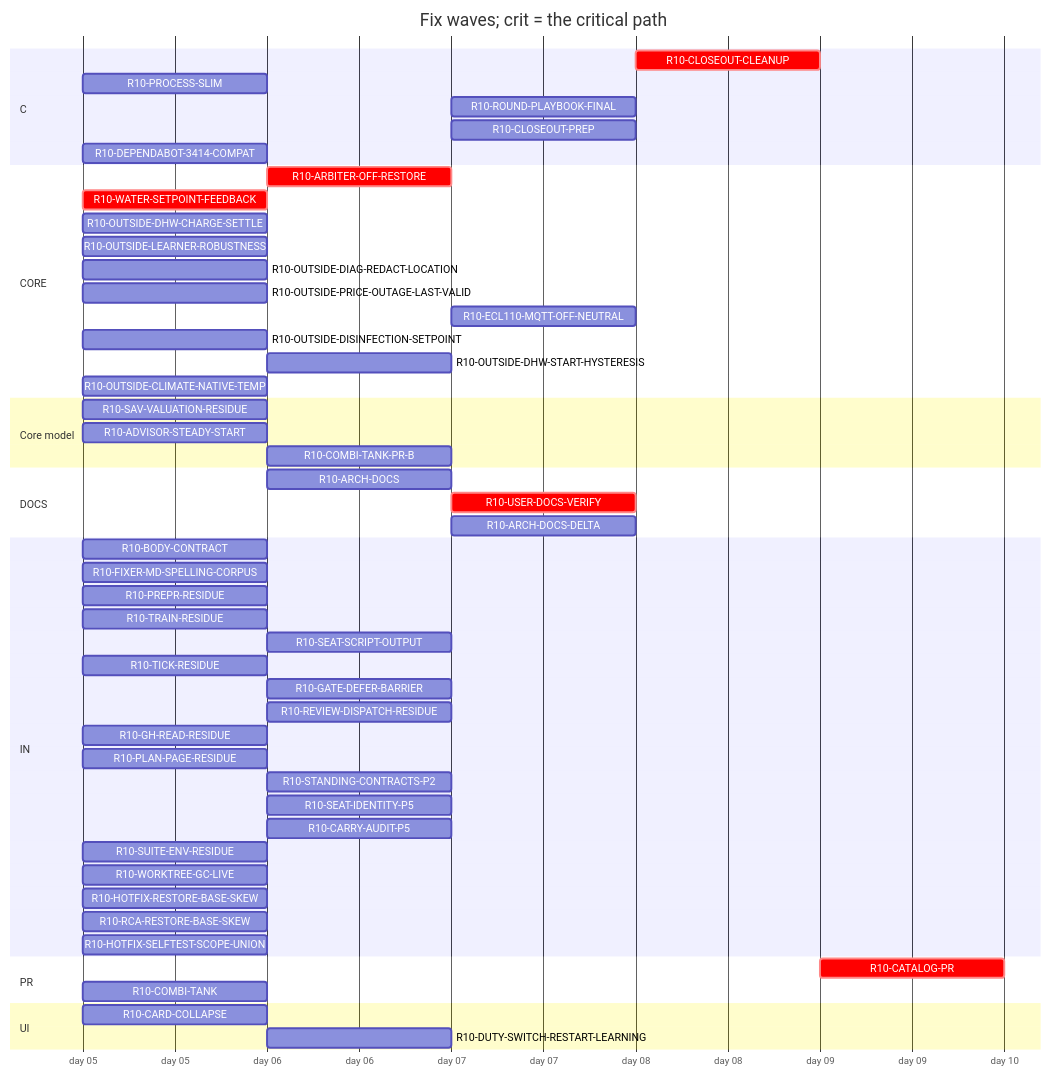
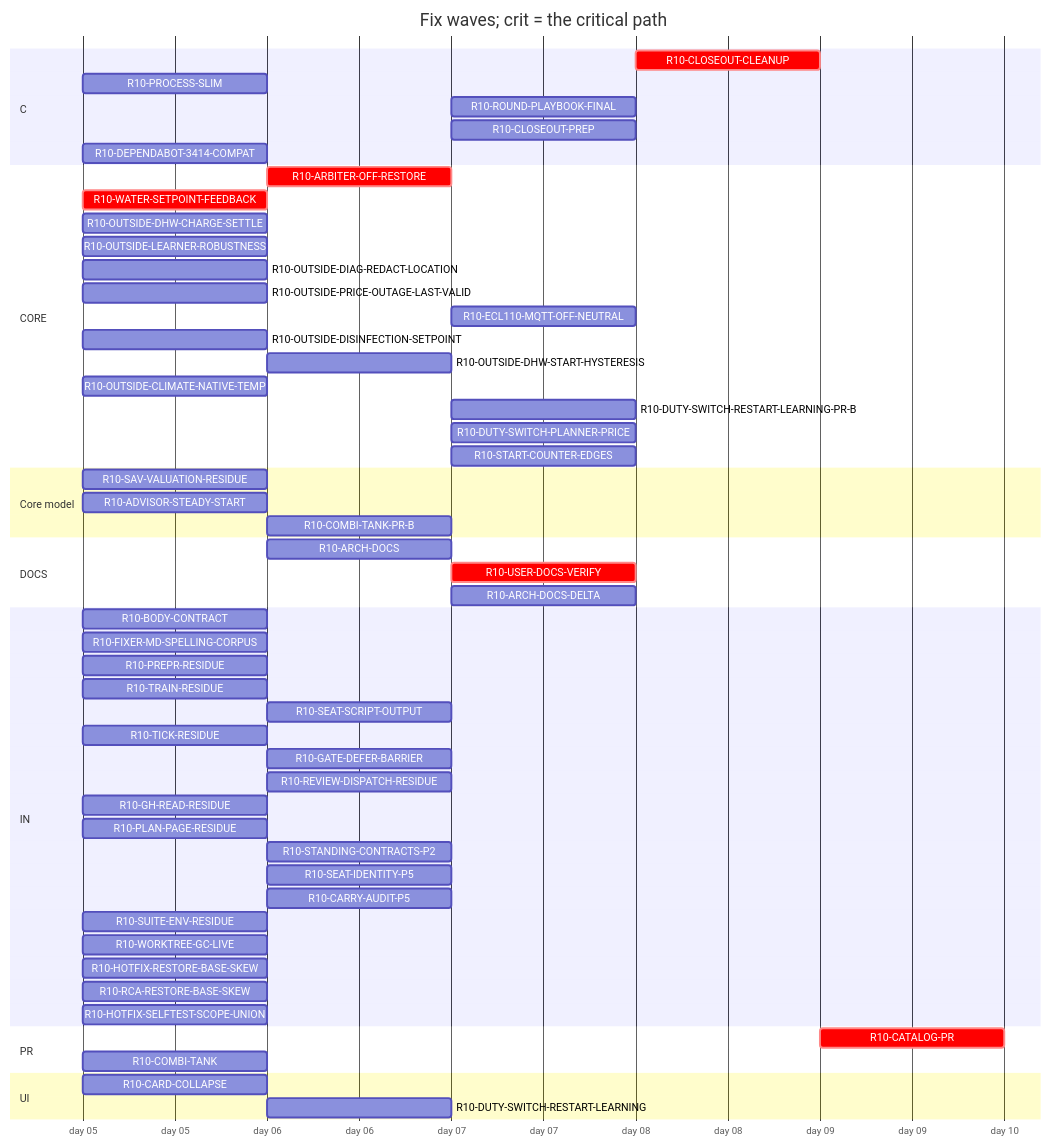
One commit to tvofi/heatpump_optimizer changed the diagram in handoff/round10/state/PLAN-TABLE.md. Above: the diagram before and after it, drawn with Mermaid. The commit also changed other lines of this file and 2 other files, not shown here.

Commit message:
state: FLOW-BOARD.md, NEXT-SESSION-PROMPT.md, PLAN-TABLE.md, RESUME-CURRENT.md regenerated (state_docs.py)

````diff
--- a/handoff/round10/state/PLAN-TABLE.md
+++ b/handoff/round10/state/PLAN-TABLE.md
@@ -20,56 +20,59 @@
 ```mermaid
 gantt
   title Fix waves; crit = the critical path
   dateFormat YYYY-MM-DD
   axisFormat day %d
   section C
     R10-CLOSEOUT-CLEANUP :crit, r10CLOSEOUTCLEANUP, after r10ARCHDOCS r10USERDOCSVERIFY r10ROUNDPLAYBOOKFINAL r10CLOSEOUTPREP r10ARCHDOCSDELTA, 1d
     R10-PROCESS-SLIM :r10PROCESSSLIM, 2026-01-05, 1d
     R10-ROUND-PLAYBOOK-FINAL :r10ROUNDPLAYBOOKFINAL, after r10BODYCONTRACT r10PROCESSSLIM r10FIXERMDSPELLINGCORPUS r10PREPRRESIDUE r10SEATSCRIPTOUTPUT r10REVIEWDISPATCHRESIDUE r10CARRYAUDITP5 r10TICKRESIDUE r10SEATIDENTITYP5 r10STANDINGCONTRACTSP2 r10PLANPAGERESIDUE r10TRAINRESIDUE r10GHREADRESIDUE r10SUITEENVRESIDUE r10GATEDEFERBARRIER r10WORKTREEGCLIVE, 1d
     R10-CLOSEOUT-PREP :r10CLOSEOUTPREP, after r10ARCHDOCS r10BODYCONTRACT r10PROCESSSLIM r10FIXERMDSPELLINGCORPUS r10PREPRRESIDUE r10SEATSCRIPTOUTPUT r10REVIEWDISPATCHRESIDUE r10CARRYAUDITP5 r10TICKRESIDUE r10SEATIDENTITYP5 r10STANDINGCONTRACTSP2 r10PLANPAGERESIDUE r10TRAINRESIDUE r10GHREADRESIDUE r10SUITEENVRESIDUE r10GATEDEFERBARRIER r10WORKTREEGCLIVE, 1d
     R10-DEPENDABOT-3414-COMPAT :r10DEPENDABOT3414COMPAT, 2026-01-05, 1d
   section CORE
     R10-ARBITER-OFF-RESTORE :crit, r10ARBITEROFFRESTORE, after r10WATERSETPOINTFEEDBACK, 1d
     R10-WATER-SETPOINT-FEEDBACK :crit, r10WATERSETPOINTFEEDBACK, 2026-01-05, 1d
     R10-OUTSIDE-DHW-CHARGE-SETTLE :r10OUTSIDEDHWCHARGESETTLE, 2026-01-05, 1d
     R10-OUTSIDE-LEARNER-ROBUSTNESS :r10OUTSIDELEARNERROBUSTNESS, 2026-01-05, 1d
     R10-OUTSIDE-DIAG-REDACT-LOCATION :r10OUTSIDEDIAGREDACTLOCATION, 2026-01-05, 1d
     R10-OUTSIDE-PRICE-OUTAGE-LAST-VALID :r10OUTSIDEPRICEOUTAGELASTVALID, 2026-01-05, 1d
     R10-ECL110-MQTT-OFF-NEUTRAL :r10ECL110MQTTOFFNEUTRAL, after r10ARBITEROFFRESTORE, 1d
     R10-OUTSIDE-DISINFECTION-SETPOINT :r10OUTSIDEDISINFECTIONSETPOINT, 2026-01-05, 1d
     R10-OUTSIDE-DHW-START-HYSTERESIS :r10OUTSIDEDHWSTARTHYSTERESIS, after r10OUTSIDEDISINFECTIONSETPOINT, 1d
     R10-OUTSIDE-CLIMATE-NATIVE-TEMP :r10OUTSIDECLIMATENATIVETEMP, 2026-01-05, 1d
+    R10-DUTY-SWITCH-RESTART-LEARNING-PR-B :r10DUTYSWITCHRESTARTLEARNINGPRB, after r10DUTYSWITCHRESTARTLEARNING, 1d
+    R10-DUTY-SWITCH-PLANNER-PRICE :r10DUTYSWITCHPLANNERPRICE, after r10DUTYSWITCHRESTARTLEARNING, 1d
+    R10-START-COUNTER-EDGES :r10STARTCOUNTEREDGES, after r10DUTYSWITCHRESTARTLEARNING, 1d
   section Core model
     R10-SAV-VALUATION-RESIDUE :r10SAVVALUATIONRESIDUE, 2026-01-05, 1d
     R10-ADVISOR-STEADY-START :r10ADVISORSTEADYSTART, 2026-01-05, 1d
     R10-COMBI-TANK-PR-B :r10COMBITANKPRB, after r10COMBITANK, 1d
   section DOCS
     R10-ARCH-DOCS :r10ARCHDOCS, after r10BODYCONTRACT r10PROCESSSLIM, 1d
     R10-USER-DOCS-VERIFY :crit, r10USERDOCSVERIFY, after r10ARBITEROFFRESTORE r10COMBITANK, 1d
     R10-ARCH-DOCS-DELTA :r10ARCHDOCSDELTA, after r10ARCHDOCS r10ARBITEROFFRESTORE r10COMBITANK r10SAVVALUATIONRESIDUE r10ADVISORSTEADYSTART r10COMBITANKPRB, 1d
   section IN
     R10-BODY-CONTRACT :r10BODYCONTRACT, 2026-01-05, 1d
     R10-FIXER-MD-SPELLING-CORPUS :r10FIXERMDSPELLINGCORPUS, 2026-01-05, 1d
     R10-PREPR-RESIDUE :r10PREPRRESIDUE, 2026-01-05, 1d
     R10-TRAIN-RESIDUE :r10TRAINRESIDUE, 2026-01-05, 1d
     R10-SEAT-SCRIPT-OUTPUT :r10SEATSCRIPTOUTPUT, after r10TRAINRESIDUE, 1d
     R10-TICK-RESIDUE :r10TICKRESIDUE, 2026-01-05, 1d
     R10-GATE-DEFER-BARRIER :r10GATEDEFERBARRIER, after r10TRAINRESIDUE r10TICKRESIDUE, 1d
     R10-REVIEW-DISPATCH-RESIDUE :r10REVIEWDISPATCHRESIDUE, after r10PROCESSSLIM, 1d
     R10-GH-READ-RESIDUE :r10GHREADRESIDUE, 2026-01-05, 1d
     R10-PLAN-PAGE-RESIDUE :r10PLANPAGERESIDUE, 2026-01-05, 1d
     R10-STANDING-CONTRACTS-P2 :r10STANDINGCONTRACTSP2, after r10FIXERMDSPELLINGCORPUS, 1d
     R10-SEAT-IDENTITY-P5 :r10SEATIDENTITYP5, after r10TICKRESIDUE, 1d
     R10-CARRY-AUDIT-P5 :r10CARRYAUDITP5, after r10BODYCONTRACT, 1d
     R10-SUITE-ENV-RESIDUE :r10SUITEENVRESIDUE, 2026-01-05, 1d
     R10-WORKTREE-GC-LIVE :r10WORKTREEGCLIVE, 2026-01-05, 1d
     R10-HOTFIX-RESTORE-BASE-SKEW :r10HOTFIXRESTOREBASESKEW, 2026-01-05, 1d
     R10-RCA-RESTORE-BASE-SKEW :r10RCARESTOREBASESKEW, 2026-01-05, 1d
     R10-HOTFIX-SELFTEST-SCOPE-UNION :r10HOTFIXSELFTESTSCOPEUNION, 2026-01-05, 1d
   section PR
     R10-CATALOG-PR :crit, r10CATALOGPR, after r10USERDOCSVERIFY r10ARCHDOCS r10ROUNDPLAYBOOKFINAL r10CLOSEOUTCLEANUP r10CLOSEOUTPREP r10ARCHDOCSDELTA, 1d
     R10-COMBI-TANK :r10COMBITANK, 2026-01-05, 1d
   section UI
     R10-CARD-COLLAPSE :r10CARDCOLLAPSE, 2026-01-05, 1d
     R10-DUTY-SWITCH-RESTART-LEARNING :r10DUTYSWITCHRESTARTLEARNING, after r10WATERSETPOINTFEEDBACK, 1d
 ```
````
